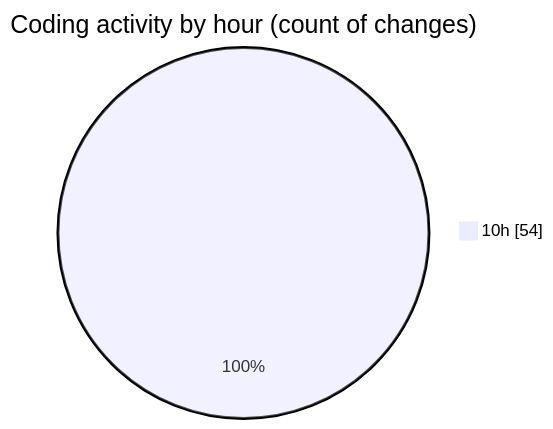
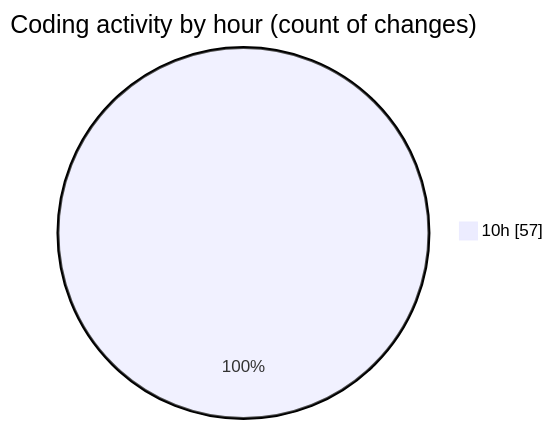
Before and after one commit to LanceThiago/code-tracking: the second of 2 diagrams in 2025-01-13/nueva_carpeta/README.md, drawn with Mermaid. The commit also changed other lines of this file and 1 other file, not shown here.

````diff
--- a/2025-01-13/nueva_carpeta/README.md
+++ b/2025-01-13/nueva_carpeta/README.md
@@ -28,5 +28,5 @@
 ```mermaid
 pie showData
 title Coding activity by hour (count of changes)
-"10h" : 54
+"10h" : 57
 ```
````
